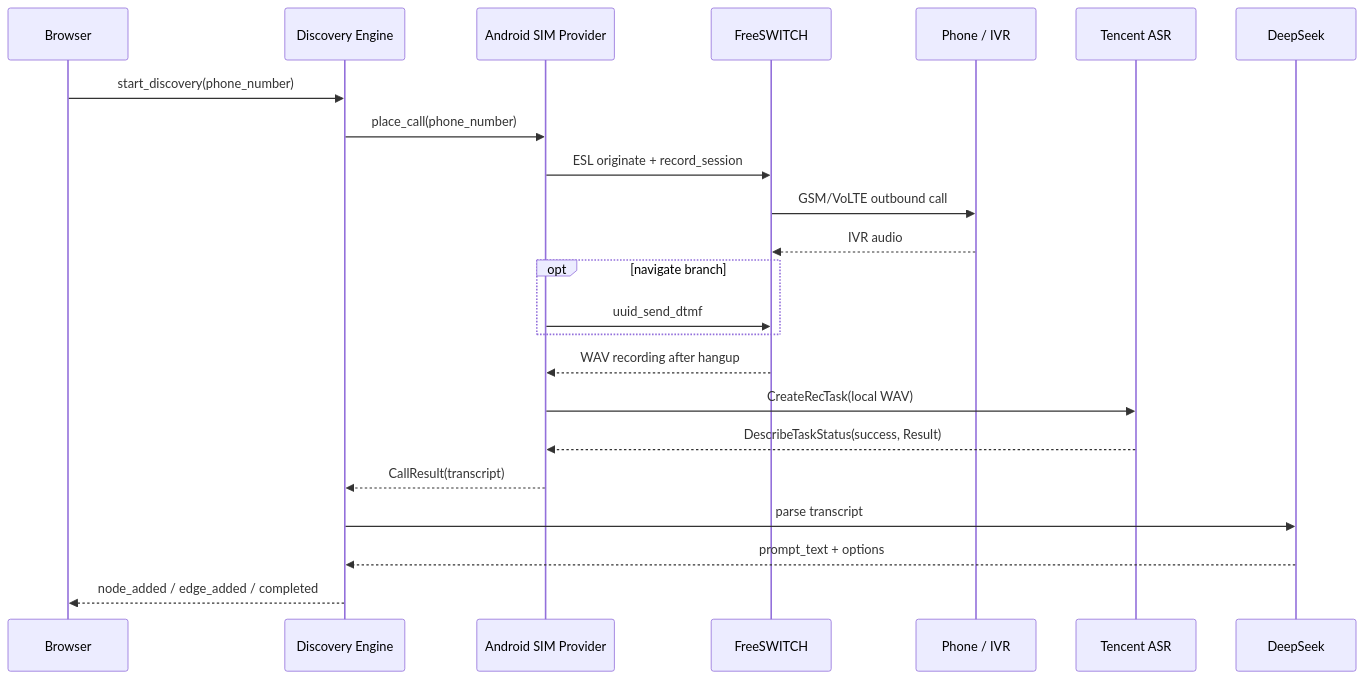
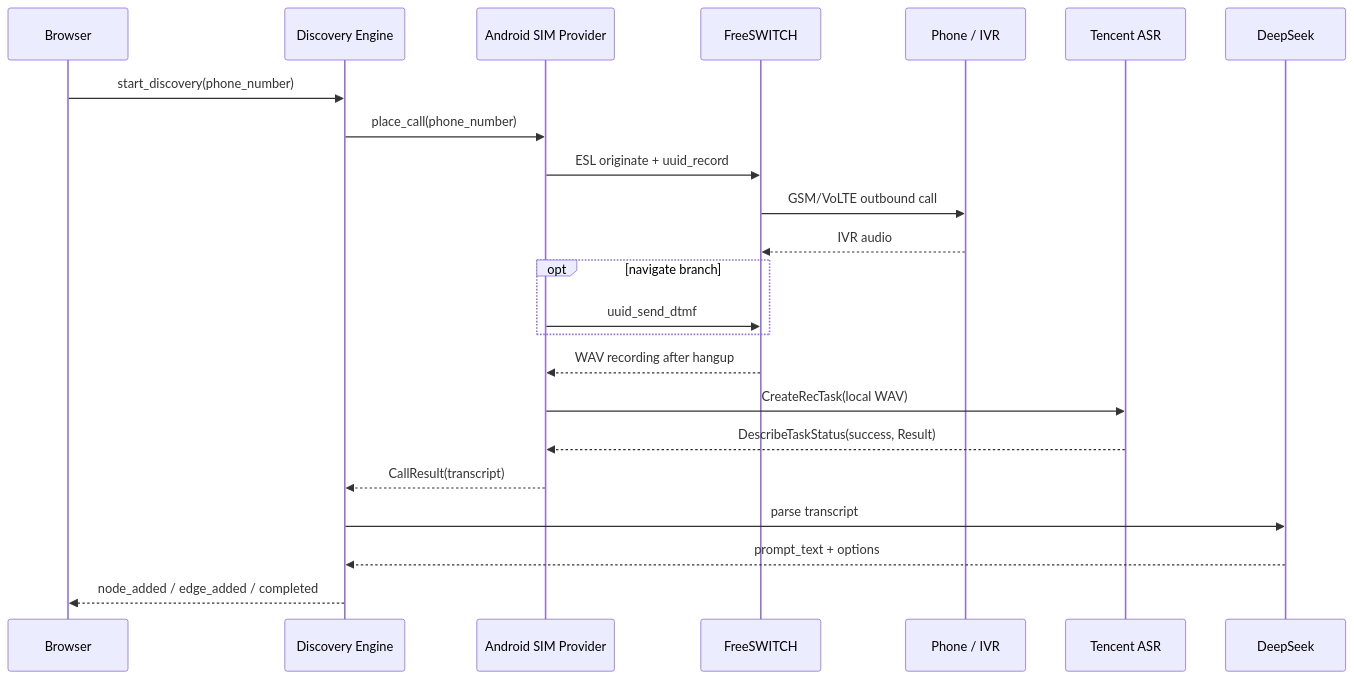
Before and after one commit to shizhi3620/ivr-discovery: the second of 4 diagrams in architecture.md, drawn with Mermaid. The commit also changed 8 other files, not shown here.

````diff
--- a/architecture.md
+++ b/architecture.md
@@ -94,26 +94,26 @@
 ```mermaid
 sequenceDiagram
     participant U as Browser
     participant D as Discovery Engine
     participant T as Android SIM Provider
     participant F as FreeSWITCH
     participant P as Phone / IVR
     participant A as Tencent ASR
     participant M as DeepSeek
 
     U->>D: start_discovery(phone_number)
     D->>T: place_call(phone_number)
-    T->>F: ESL originate + record_session
+    T->>F: ESL originate + uuid_record
     F->>P: GSM/VoLTE outbound call
     P-->>F: IVR audio
     opt navigate branch
         T->>F: uuid_send_dtmf
     end
     F-->>T: WAV recording after hangup
     T->>A: CreateRecTask(local WAV)
     A-->>T: DescribeTaskStatus(success, Result)
     T-->>D: CallResult(transcript)
     D->>M: parse transcript
     M-->>D: prompt_text + options
     D-->>U: node_added / edge_added / completed
 ```
````
